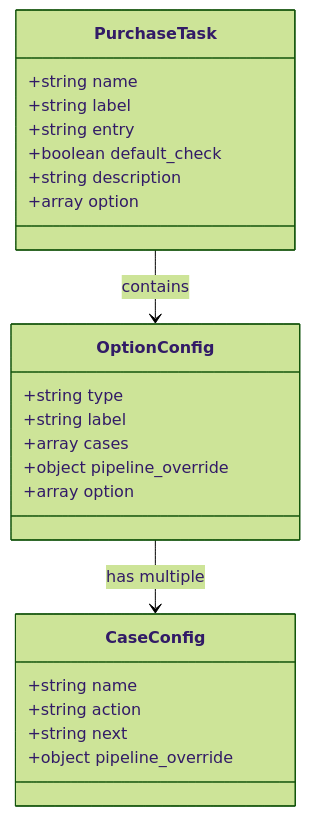
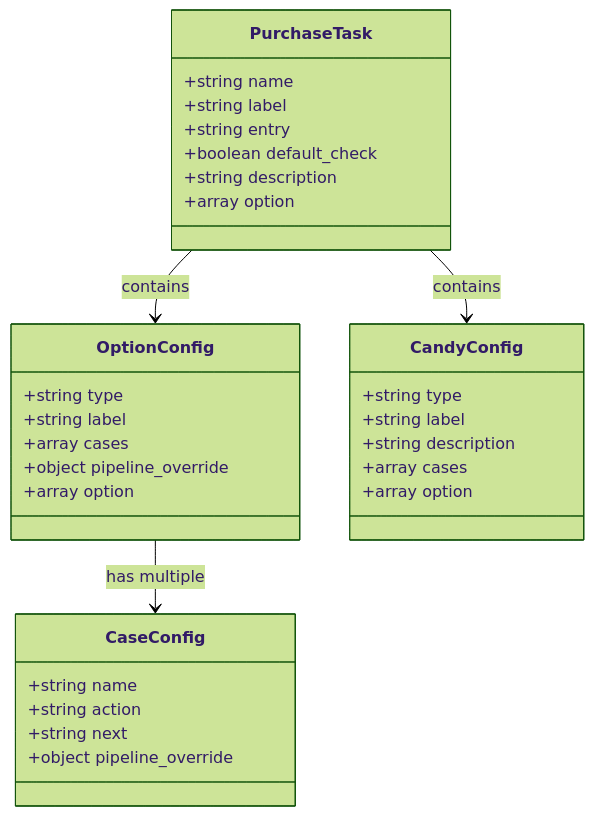
One commit to kqcoxn/MaaDuDuL changed the second of 9 diagrams in .qoder/repowiki/zh/content/Daily Purchase Functionality.md. Above: the diagram before and after it, drawn with Mermaid (forest theme). The commit also changed other lines of this file and 9 other files, not shown here.

````diff
--- a/.qoder/repowiki/zh/content/Daily Purchase Functionality.md
+++ b/.qoder/repowiki/zh/content/Daily Purchase Functionality.md
@@ -77,26 +102,34 @@
 ```mermaid
 classDiagram
 class PurchaseTask {
 +string name
 +string label
 +string entry
 +boolean default_check
 +string description
 +array option
 }
 class OptionConfig {
 +string type
 +string label
 +array cases
 +object pipeline_override
 +array option
 }
 class CaseConfig {
 +string name
 +string action
 +string next
 +object pipeline_override
 }
+class CandyConfig {
++string type
++string label
++string description
++array cases
++array option
+}
 PurchaseTask --> OptionConfig : contains
 OptionConfig --> CaseConfig : has multiple
+PurchaseTask --> CandyConfig : contains
 ```
````
